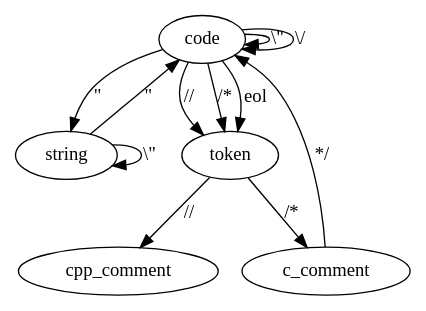
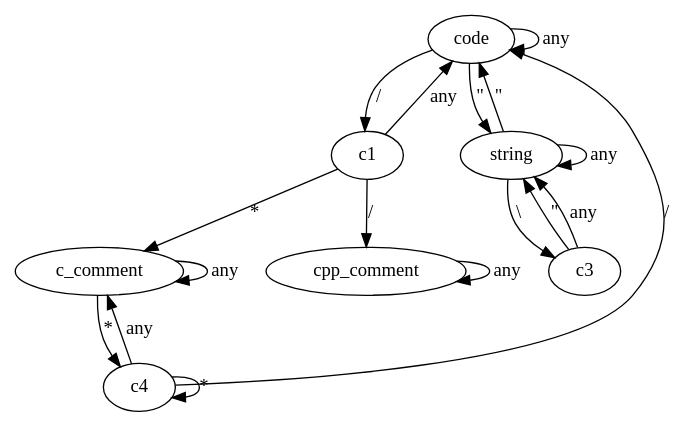
Before and after one commit to DronMDF/paranoid: the diagram in doc/comment.dot, drawn with Graphviz. The commit also changed 3 other files, not shown here.

```diff
--- a/doc/comment.dot
+++ b/doc/comment.dot
@@ -1,16 +1,29 @@
 digraph build {
+	code -> c1 [label="/"]
+	// code -> c2 [label="\\"]
 	code -> string [label="\""]
-	code -> code [label="\\\""]
-	code -> code [label="\\/"]
-	code -> token [label="//"]
-	code -> token [label="/*"]
-	code -> token [label="eol"]
+	code -> code [label="any"]
 
-	token -> cpp_comment [label="//"]
-	token -> c_comment [label="/*"]
+	c1 -> c_comment [label="*"]
+	c1 -> cpp_comment [label="/"]
+	c1 -> code [label="any"]
 
-	string -> string [label="\\\""]
+	//c2 -> code [label="\""]
+	//c2 -> code [label="/"]
+	//c2 -> code [label="any"]
+
+	string -> c3 [label="\\"]
 	string -> code [label="\""]
+	string -> string [label="any"]
+	
+	c3 -> string [label="\""]
+	c3 -> string [label="any"]
 
-	c_comment -> code [label="*/"]
+	cpp_comment -> cpp_comment [label="any"]
+
+	c_comment -> c4 [label="*"]
+	c_comment -> c_comment [label="any"]
+	c4 -> c4 [label="*"]
+	c4 -> code [label="/"]
+	c4 -> c_comment [label="any"]
 }
```
